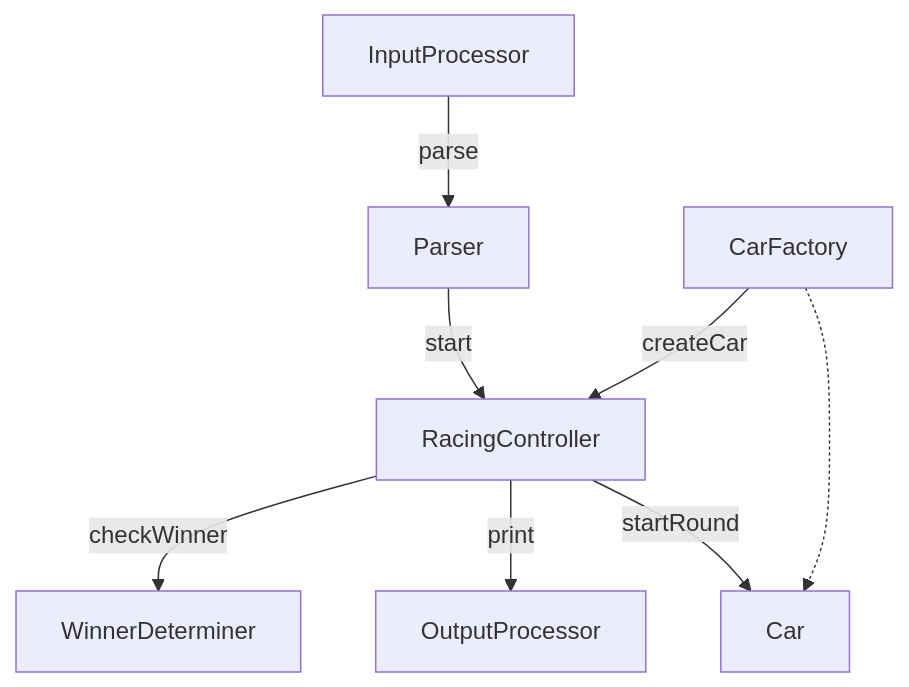
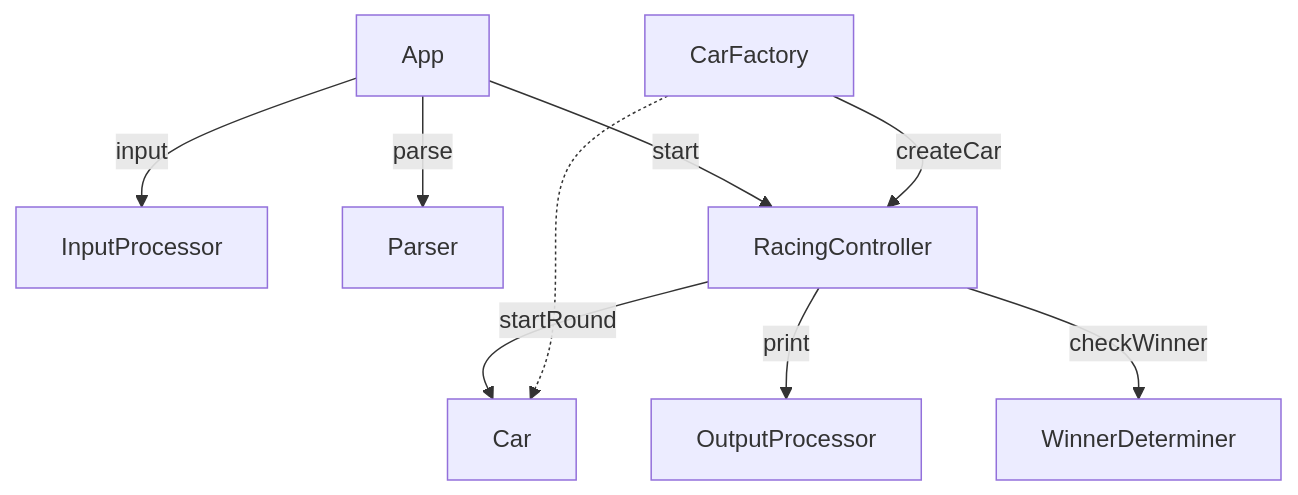
Before and after one commit to Jinoko01/javascript-racingcar-8: the second of 2 diagrams in README.md, drawn with Mermaid. The commit also changed other lines of this file, not shown here.

Commit message:
docs(readme): Modify flow chart

````diff
--- a/README.md
+++ b/README.md
@@ -91,10 +91,11 @@
 ```mermaid
 flowchart TB
-  InputProcessor -->|parse| Parser
-  Parser -->|start| RacingController
+  App -->|input| InputProcessor
+  App -->|parse| Parser
+  App -->|start| RacingController
   RacingController -->|startRound| Car
   RacingController -->|print| OutputProcessor
   RacingController -->|checkWinner| WinnerDeterminer
   CarFactory -.-> Car
   CarFactory -->|createCar| RacingController
 ```
````
